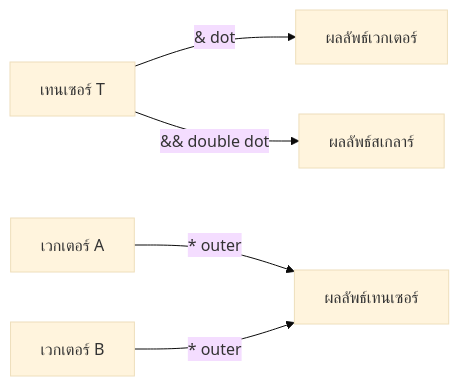
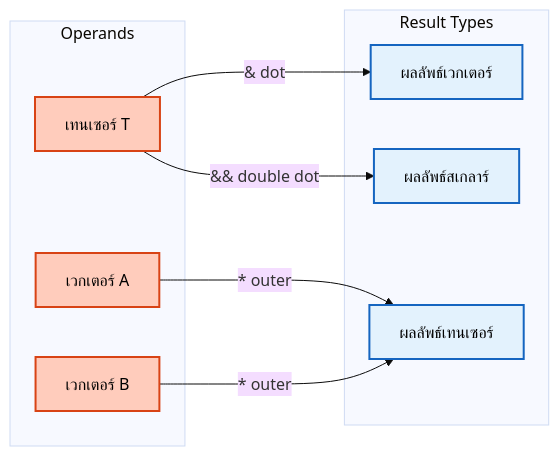
One commit to wramet/build-my-cfd changed the diagram in MODULE_05_OPENFOAM_PROGRAMMING/CONTENT/11_TENSOR_ALGEBRA/04_Tensor_Operations.md. Above: the diagram before and after it, drawn with Mermaid (base theme). The commit also changed 313 other files, not shown here.

Commit message:
Revise all diagram

````diff
--- a/MODULE_05_OPENFOAM_PROGRAMMING/CONTENT/11_TENSOR_ALGEBRA/04_Tensor_Operations.md
+++ b/MODULE_05_OPENFOAM_PROGRAMMING/CONTENT/11_TENSOR_ALGEBRA/04_Tensor_Operations.md
@@ -12,7 +12,22 @@
 ```mermaid
 flowchart LR
-    T[เทนเซอร์ T] -- "& dot" --> V[ผลลัพธ์เวกเตอร์]
-    T -- "&& double dot" --> S[ผลลัพธ์สเกลาร์]
-    V1[เวกเตอร์ A] -- "* outer" --> T_Res[ผลลัพธ์เทนเซอร์]
-    V2[เวกเตอร์ B] -- "* outer" --> T_Res
+%% Classes
+classDef explicit fill:#ffccbc,stroke:#d84315,stroke-width:2px,color:#000
+classDef implicit fill:#e3f2fd,stroke:#1565c0,stroke-width:2px,color:#000
+subgraph Inputs[" Operands "]
+    T["เทนเซอร์ T"]:::explicit
+    V1["เวกเตอร์ A"]:::explicit
+    V2["เวกเตอร์ B"]:::explicit
+end
+
+subgraph Results[" Result Types "]
+    V["ผลลัพธ์เวกเตอร์"]:::implicit
+    S["ผลลัพธ์สเกลาร์"]:::implicit
+    T_Res["ผลลัพธ์เทนเซอร์"]:::implicit
+end
+
+T -->|"& dot"| V
+T -->|"&& double dot"| S
+V1 -->|"* outer"| T_Res
+V2 -->|"* outer"| T_Res
 ```
````
